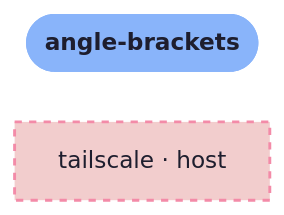
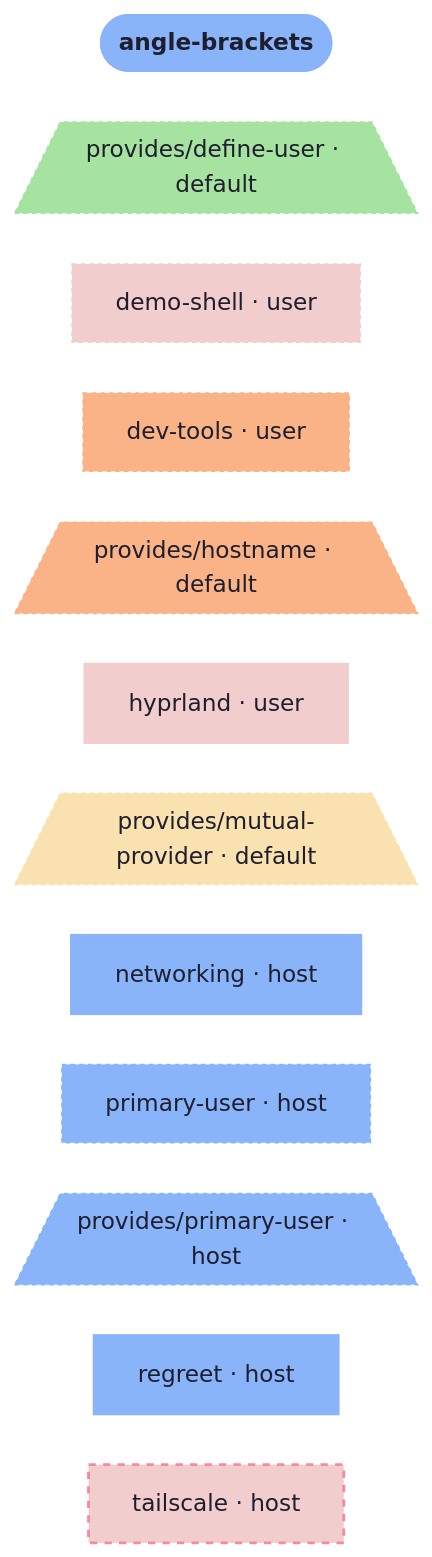
The diagram in templates/diag-fx-demo/diagrams/angle-brackets-orphans.md (sini/den), drawn with Mermaid before and after one commit. The commit also changed 849 other files, not shown here.

Commit message:
chore: update fx diagrams

````diff
--- a/templates/diag-fx-demo/diagrams/angle-brackets-orphans.md
+++ b/templates/diag-fx-demo/diagrams/angle-brackets-orphans.md
@@ -5,10 +5,30 @@
 ```mermaid
 %%{init: {"elk":{"mergeEdges":true,"nodePlacementStrategy":"BRANDES_KOEPF"},"layout":"elk","theme":"base","themeVariables":{"activationBkgColor":"#313244","activationBorderColor":"#6c7086","actorBkg":"#313244","actorBorder":"#a6adc8","actorLineColor":"#a6adc8","actorTextColor":"#cdd6f4","background":"#1e1e2e","classText":"#cdd6f4","clusterBkg":"#313244","clusterBorder":"#6c7086","edgeLabelBackground":"#1e1e2e","labelBoxBkgColor":"#313244","labelBoxBorderColor":"#a6adc8","labelTextColor":"#cdd6f4","lineColor":"#a6adc8","loopTextColor":"#cdd6f4","mainBkg":"#313244","nodeBkg":"#313244","nodeBorder":"#a6adc8","nodeTextColor":"#cdd6f4","noteBkgColor":"#313244","noteBorderColor":"#6c7086","noteTextColor":"#cdd6f4","pie1":"#f38ba8","pie2":"#fab387","pie3":"#f9e2af","pie4":"#a6e3a1","pie5":"#94e2d5","pie6":"#89b4fa","pie7":"#cba6f7","pie8":"#f2cdcd","pieLegendTextColor":"#cdd6f4","pieOuterStrokeColor":"#6c7086","pieSectionTextColor":"#cdd6f4","pieStrokeColor":"#6c7086","pieTitleTextColor":"#cdd6f4","primaryBorderColor":"#a6adc8","primaryColor":"#313244","primaryTextColor":"#cdd6f4","secondBkg":"#313244","secondaryBorderColor":"#6c7086","secondaryColor":"#313244","secondaryTextColor":"#cdd6f4","sequenceNumberColor":"#1e1e2e","signalColor":"#a6adc8","signalTextColor":"#cdd6f4","tertiaryBorderColor":"#6c7086","tertiaryColor":"#313244","tertiaryTextColor":"#cdd6f4","textColor":"#cdd6f4","titleColor":"#cdd6f4"}}}%%
 graph LR
   angle_brackets([angle-brackets]):::root
+  den__provides__define_user[/"provides/define-user · default"\]:::den__provides__define_user_c
+  demo_shell["demo-shell · user"]:::demo_shell_c
+  dev_tools["dev-tools · user"]:::dev_tools_c
+  den__provides__hostname[/"provides/hostname · default"\]:::den__provides__hostname_c
+  hyprland["hyprland · user"]:::hyprland_c
+  den__provides__mutual_provider[/"provides/mutual-provider · default"\]:::den__provides__mutual_provider_c
+  networking["networking · host"]:::networking_c
+  primary_user["primary-user · host"]:::primary_user_c
+  den__provides__primary_user[/"provides/primary-user · host"\]:::den__provides__primary_user_c
+  regreet["regreet · host"]:::regreet_c
   tailscale["tailscale · host"]:::tailscale_c
 
 
   classDef root fill:#89b4fa,stroke:#89b4fa,color:#1e1e2e,font-weight:bold
+  classDef den__provides__define_user_c fill:#a6e3a1,stroke:#a6e3a1,color:#1e1e2e,stroke-dasharray: 3 3,stroke-width:1px
+  classDef demo_shell_c fill:#f2cdcd,stroke:#f2cdcd,color:#1e1e2e,stroke-dasharray: 3 3,stroke-width:1px
+  classDef dev_tools_c fill:#fab387,stroke:#fab387,color:#1e1e2e,stroke-dasharray: 3 3,stroke-width:1px
+  classDef den__provides__hostname_c fill:#fab387,stroke:#fab387,color:#1e1e2e,stroke-dasharray: 3 3,stroke-width:1px
+  classDef hyprland_c fill:#f2cdcd,stroke:#f2cdcd,color:#1e1e2e,stroke-width:2px
+  classDef den__provides__mutual_provider_c fill:#f9e2af,stroke:#f9e2af,color:#1e1e2e,stroke-dasharray: 3 3,stroke-width:1px
+  classDef networking_c fill:#89b4fa,stroke:#89b4fa,color:#1e1e2e,stroke-width:2px
+  classDef primary_user_c fill:#89b4fa,stroke:#89b4fa,color:#1e1e2e,stroke-dasharray: 3 3,stroke-width:1px
+  classDef den__provides__primary_user_c fill:#89b4fa,stroke:#89b4fa,color:#1e1e2e,stroke-dasharray: 3 3,stroke-width:1px
+  classDef regreet_c fill:#89b4fa,stroke:#89b4fa,color:#1e1e2e,stroke-width:2px
   classDef tailscale_c fill:#f2cdcd,stroke:#f38ba8,color:#1e1e2e,stroke-dasharray: 5 5,stroke-width:2px
 ```
````
